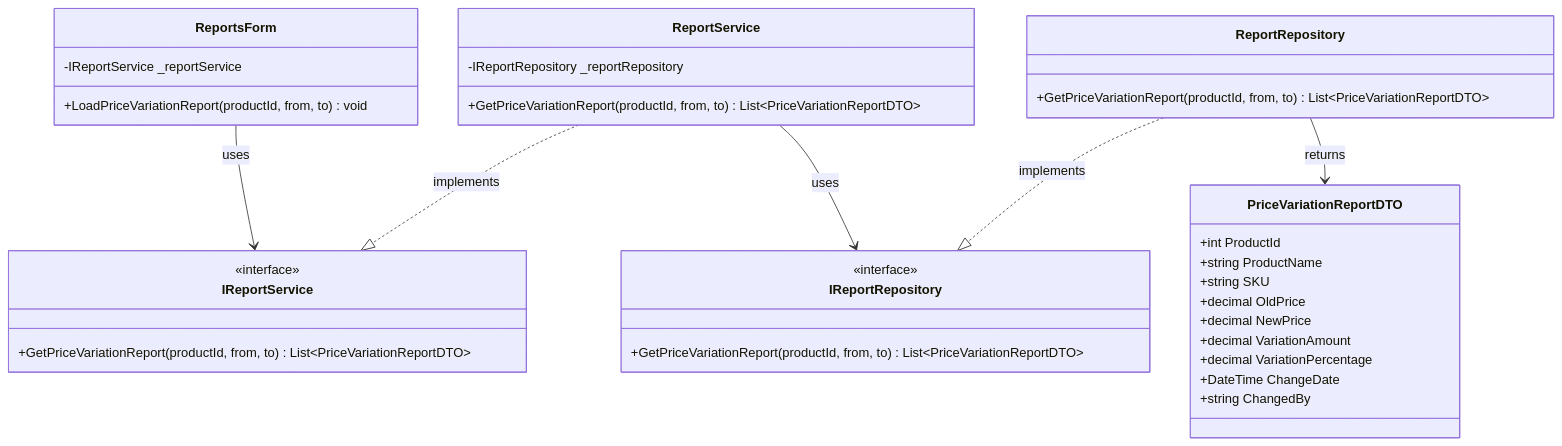
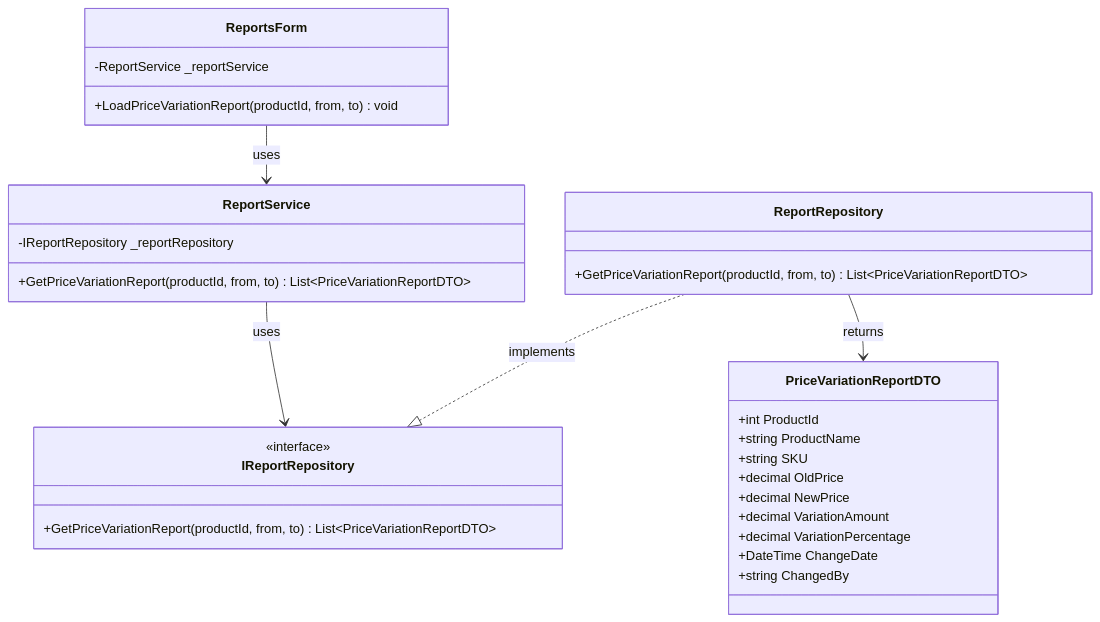
Before and after one commit to nahuk86/tp_diploma_nk_2026: the seventh of 14 diagrams in Documentation/UML_Diagrams/18_Reports_UseCases.md, drawn with Mermaid. The commit also changed other lines of this file and 5 other files, not shown here.

First line of the commit message:
Fix UML documentation: remove non-existent BLL service interfaces

````diff
--- a/Documentation/UML_Diagrams/18_Reports_UseCases.md
+++ b/Documentation/UML_Diagrams/18_Reports_UseCases.md
@@ -246,44 +225,39 @@
 ```mermaid
 classDiagram
     class ReportsForm {
-        -IReportService _reportService
+        -ReportService _reportService
         +LoadPriceVariationReport(productId, from, to) void
     }
 
-    class IReportService {
-        <<interface>>
-        +GetPriceVariationReport(productId, from, to) List~PriceVariationReportDTO~
-    }
 
     class ReportService {
         -IReportRepository _reportRepository
         +GetPriceVariationReport(productId, from, to) List~PriceVariationReportDTO~
     }
 
     class IReportRepository {
         <<interface>>
         +GetPriceVariationReport(productId, from, to) List~PriceVariationReportDTO~
     }
 
     class ReportRepository {
         +GetPriceVariationReport(productId, from, to) List~PriceVariationReportDTO~
     }
 
     class PriceVariationReportDTO {
         +int ProductId
         +string ProductName
         +string SKU
         +decimal OldPrice
         +decimal NewPrice
         +decimal VariationAmount
         +decimal VariationPercentage
         +DateTime ChangeDate
         +string ChangedBy
     }
 
-    ReportsForm --> IReportService : uses
-    ReportService ..|> IReportService : implements
+    ReportsForm --> ReportService : uses
     ReportService --> IReportRepository : uses
     ReportRepository ..|> IReportRepository : implements
     ReportRepository --> PriceVariationReportDTO : returns
 ```
````
